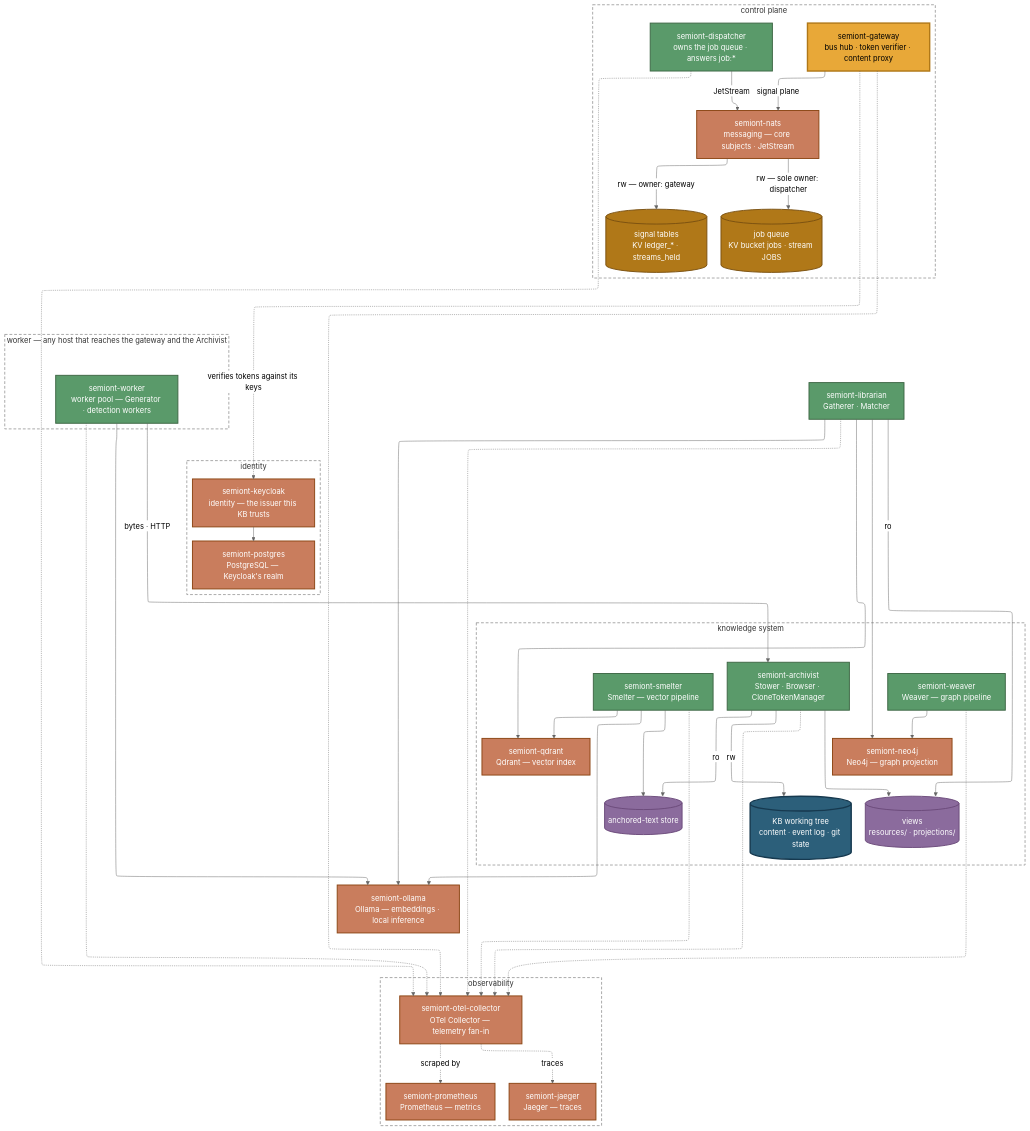
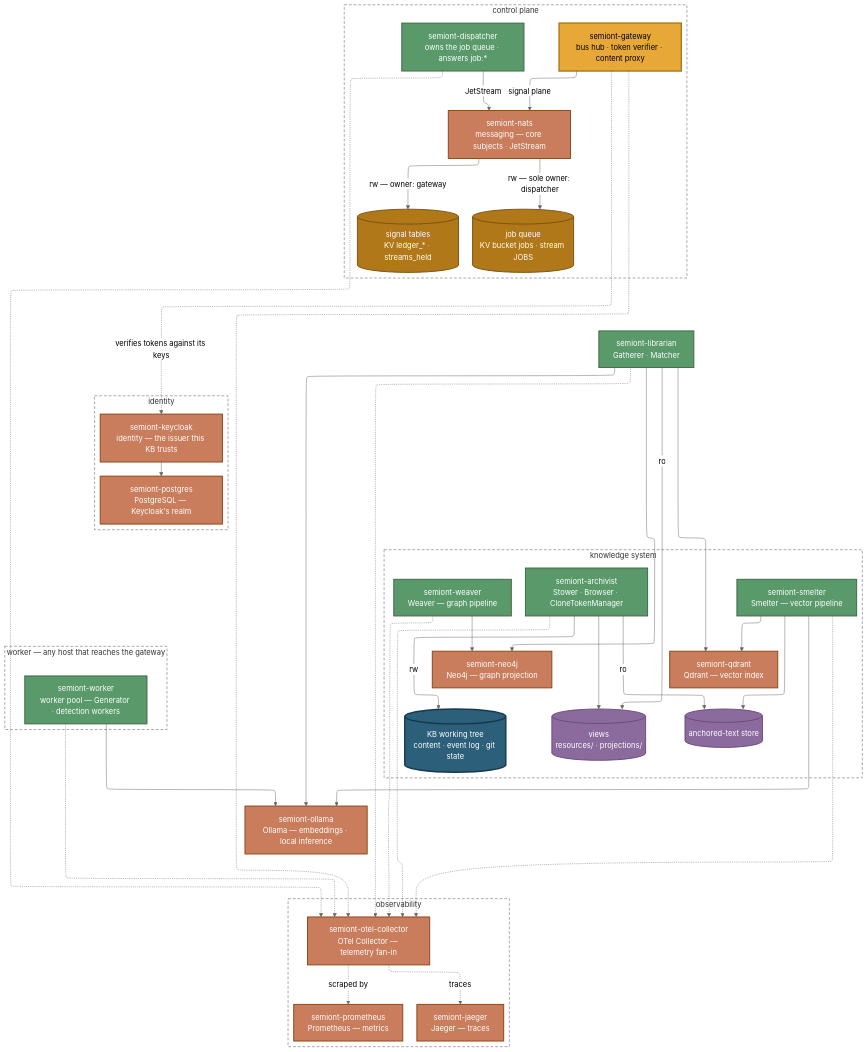
Before and after one commit to The-AI-Alliance/semiont: the second of 2 diagrams in docs/operator/CONTAINER-TOPOLOGY.md, drawn with Mermaid (neutral theme). The commit also changed other lines of this file and 563 other files, not shown here.

```diff
--- a/docs/operator/CONTAINER-TOPOLOGY.md
+++ b/docs/operator/CONTAINER-TOPOLOGY.md
@@ -129,7 +128,7 @@
     LIB["semiont-librarian<br/>Gatherer · Matcher"]
     OL["semiont-ollama<br/>Ollama — embeddings · local inference"]
 
-    subgraph G3 ["worker — any host that reaches the gateway and the Archivist"]
+    subgraph G3 ["worker — any host that reaches the gateway"]
         WORKER["semiont-worker<br/>worker pool — Generator · detection workers"]
     end
 
@@ -144,7 +143,6 @@
     LIB -->|ro| VIEWS
     SMELT --> ANCH
     ARCH -->|ro| ANCH
-    WORKER -->|bytes · HTTP| ARCH
     GW -->|signal plane| NATS
     DISP -->|JetStream| NATS
     NATS -->|rw — sole owner: dispatcher| JS
```
